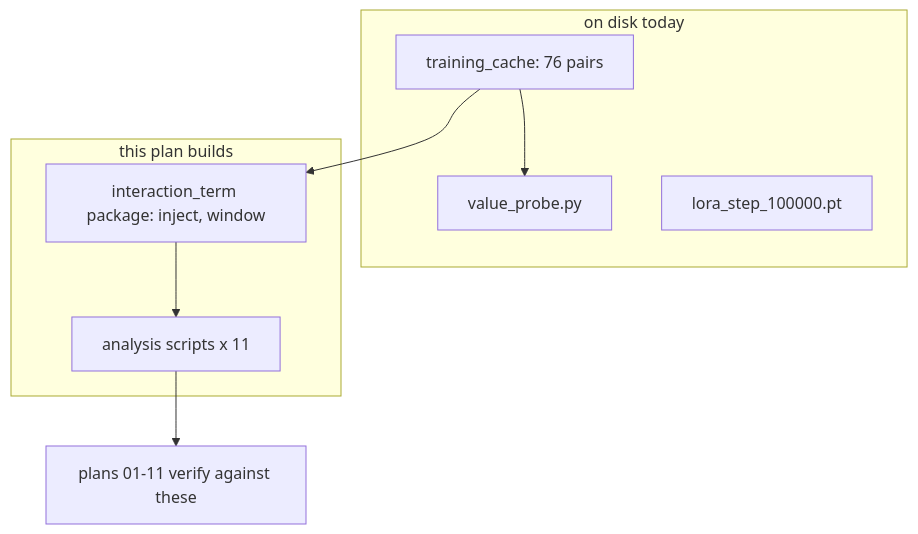
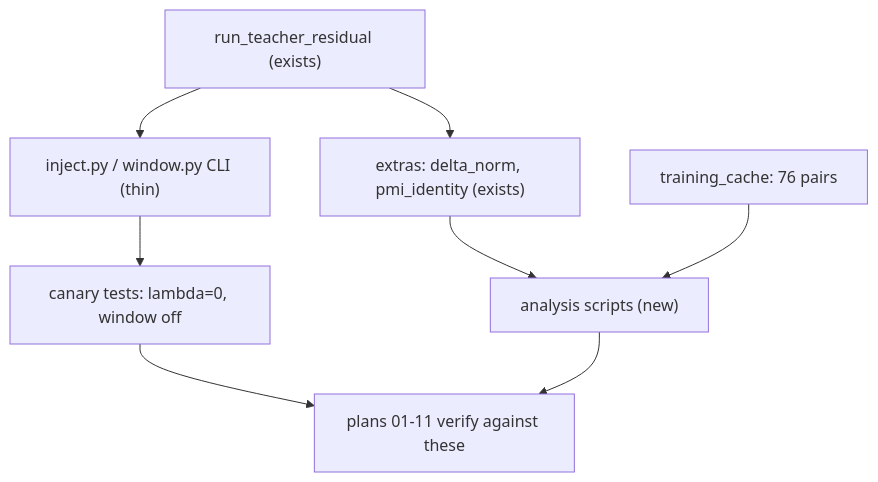
Before and after one commit to mo-rsa24/poe_repair_min: the diagram in plans/interaction-term/plans/00-build-the-instruments.md, drawn with Mermaid. The commit also changed other lines of this file and 8 other files, not shown here.

````diff
--- a/plans/interaction-term/plans/00-build-the-instruments.md
+++ b/plans/interaction-term/plans/00-build-the-instruments.md
@@ -27,13 +55,10 @@
 ```mermaid
 flowchart TD
-    subgraph have["on disk today"]
-        C[training_cache: 76 pairs] --> V[value_probe.py]
-        K[lora_step_100000.pt]
-    end
-    subgraph build["this plan builds"]
-        P[interaction_term package: inject, window]
-        S[analysis scripts x 11]
-    end
-    C --> P --> S
-    S --> R[plans 01-11 verify against these]
+    S["run_teacher_residual (exists)"] --> W["inject.py / window.py CLI (thin)"]
+    S --> E["extras: delta_norm, pmi_identity (exists)"]
+    W --> T["canary tests: lambda=0, window off"]
+    E --> A["analysis scripts (new)"]
+    C["training_cache: 76 pairs"] --> A
+    T --> P["plans 01-11 verify against these"]
+    A --> P
 ```
````
